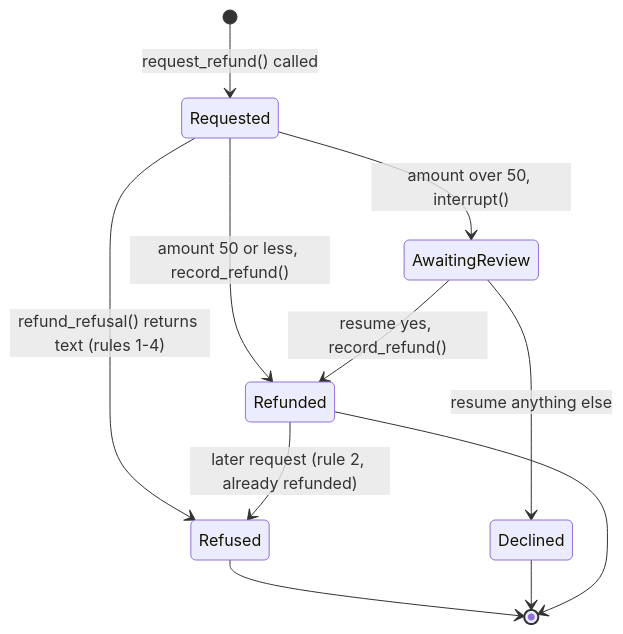
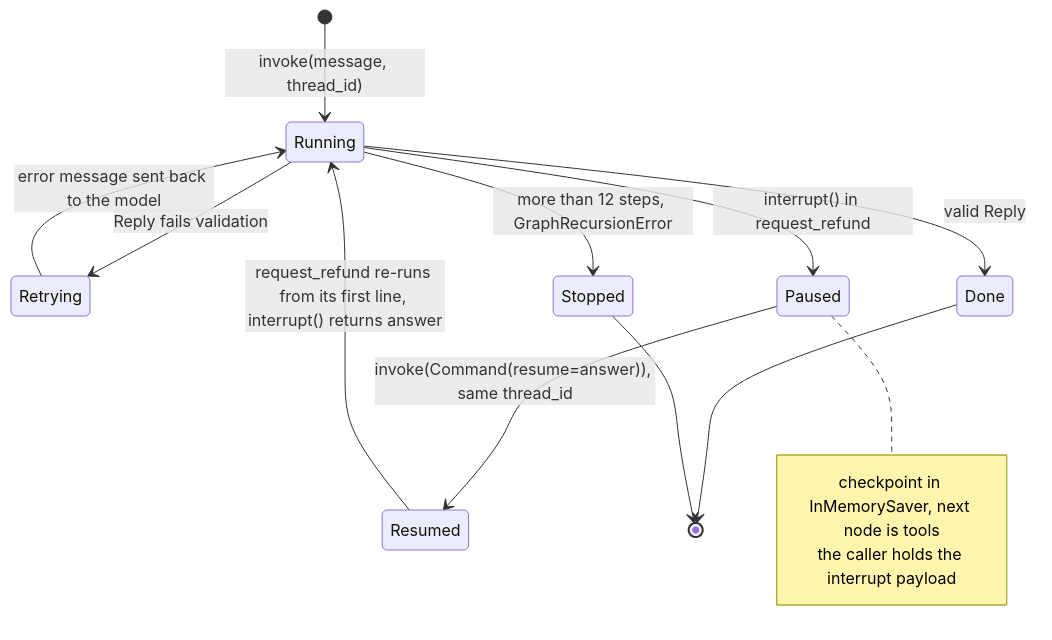
Before and after one commit to BrianMills2718/interview-kit: the fifth of 6 diagrams in practice/reference/sample-run/docs/MODEL.md, drawn with Mermaid. The commit also changed other lines of this file and 18 other files, not shown here.

First line of the commit message:
[Goal kit-v3-diagram-set] New practice sample with the agent-loop diagrams; kit fixes from its dry run

````diff
--- a/practice/reference/sample-run/docs/MODEL.md
+++ b/practice/reference/sample-run/docs/MODEL.md
@@ -101,13 +113,17 @@
 ```mermaid
 stateDiagram-v2
-  [*] --> Requested: request_refund() called
-  Requested --> Refused: refund_refusal() returns text (rules 1-4)
-  Requested --> AwaitingReview: amount over 50, interrupt()
-  Requested --> Refunded: amount 50 or less, record_refund()
-  AwaitingReview --> Refunded: resume yes, record_refund()
-  AwaitingReview --> Declined: resume anything else
-  Refunded --> Refused: later request (rule 2, already refunded)
-  Refused --> [*]
-  Declined --> [*]
-  Refunded --> [*]
+  [*] --> Running: invoke(message, thread_id)
+  Running --> Retrying: Reply fails validation
+  Retrying --> Running: error message sent back to the model
+  Running --> Paused: interrupt() in request_refund
+  Paused --> Resumed: invoke(Command(resume=answer)), same thread_id
+  Resumed --> Running: request_refund re-runs from its first line, interrupt() returns answer
+  Running --> Done: valid Reply
+  Running --> Stopped: more than 12 steps, GraphRecursionError
+  Done --> [*]
+  Stopped --> [*]
+  note right of Paused
+    checkpoint in InMemorySaver, next node is tools
+    the caller holds the interrupt payload
+  end note
 ```
````
